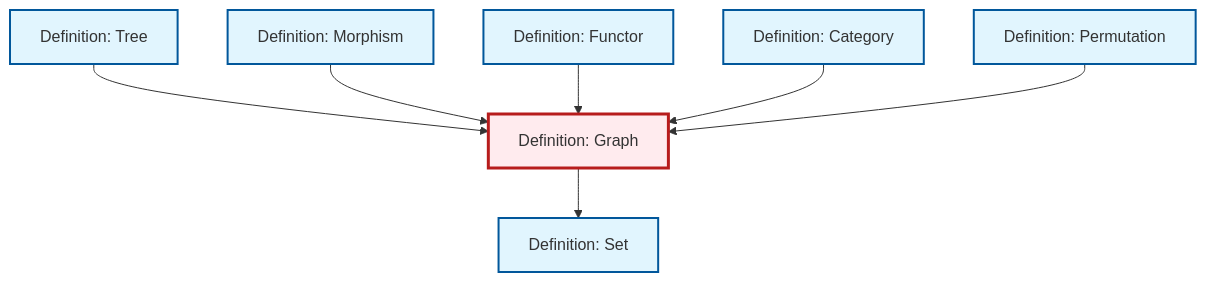
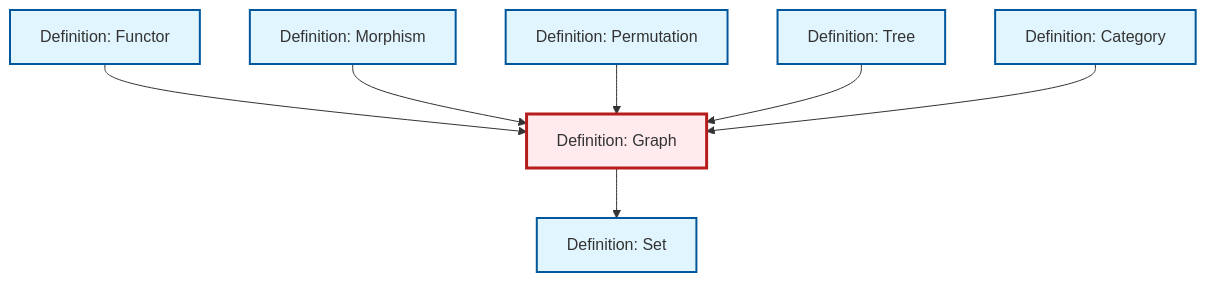
Before and after one commit to RK0429/ModernMath: the diagram in content/ja/combinatorics/def-graph.qmd, drawn with Mermaid. The commit also changed other lines of this file and 18 other files, not shown here.

````diff
--- a/content/ja/combinatorics/def-graph.qmd
+++ b/content/ja/combinatorics/def-graph.qmd
@@ -91,29 +93,29 @@
 ```{mermaid}
 %%| fig-cap: "Local dependency graph"
 graph TD
     classDef definition fill:#e1f5fe,stroke:#01579b,stroke-width:2px
     classDef theorem fill:#f3e5f5,stroke:#4a148c,stroke-width:2px
     classDef axiom fill:#fff3e0,stroke:#e65100,stroke-width:2px
     classDef example fill:#e8f5e9,stroke:#1b5e20,stroke-width:2px
     classDef current fill:#ffebee,stroke:#b71c1c,stroke-width:3px
+    def-graph["Definition: Graph"]:::definition
+    def-permutation["Definition: Permutation"]:::definition
+    def-category["Definition: Category"]:::definition
     def-functor["Definition: Functor"]:::definition
-    def-category["Definition: Category"]:::definition
     def-tree["Definition: Tree"]:::definition
     def-set["Definition: Set"]:::definition
-    def-permutation["Definition: Permutation"]:::definition
     def-morphism["Definition: Morphism"]:::definition
-    def-graph["Definition: Graph"]:::definition
+    def-functor --> def-graph
+    def-morphism --> def-graph
+    def-permutation --> def-graph
     def-graph --> def-set
     def-tree --> def-graph
-    def-morphism --> def-graph
-    def-functor --> def-graph
     def-category --> def-graph
-    def-permutation --> def-graph
     class def-graph current
+    click def-permutation "def-permutation.html" "Definition: Permutationへ"
+    click def-category "def-category.html" "Definition: Categoryへ"
     click def-functor "def-functor.html" "Definition: Functorへ"
-    click def-category "def-category.html" "Definition: Categoryへ"
     click def-tree "def-tree.html" "Definition: Treeへ"
     click def-set "def-set.html" "Definition: Setへ"
-    click def-permutation "def-permutation.html" "Definition: Permutationへ"
     click def-morphism "def-morphism.html" "Definition: Morphismへ"
 ```
````
